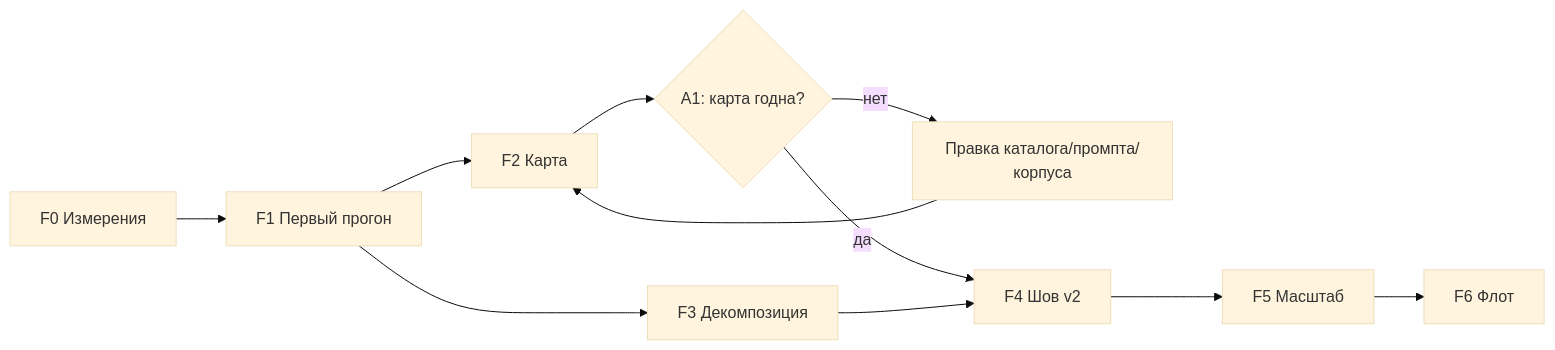
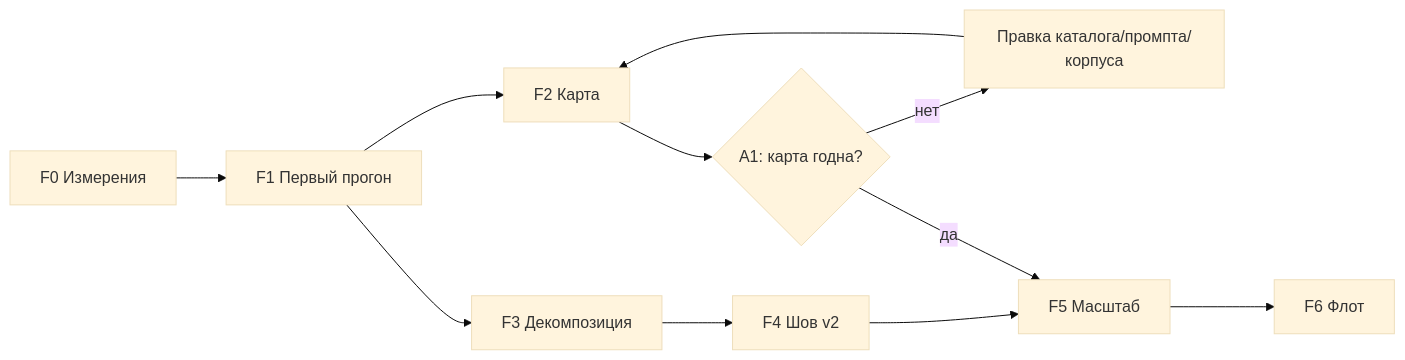
The diagram in docs/architecture/11-production-architecture-strategy.md (drbye78/cohound), drawn with Mermaid (base theme) before and after one commit. The commit also changed other lines of this file, not shown here.

````diff
--- a/docs/architecture/11-production-architecture-strategy.md
+++ b/docs/architecture/11-production-architecture-strategy.md
@@ -273,13 +284,13 @@
 ```mermaid
 flowchart LR
     F0[F0 Измерения] --> F1[F1 Первый прогон]
     F1 --> F2[F2 Карта]
     F1 --> F3[F3 Декомпозиция]
     F2 --> GATE{A1: карта годна?}
     GATE -->|нет| FIX[Правка каталога/промпта/корпуса]
     FIX --> F2
-    GATE -->|да| F4[F4 Шов v2]
-    F3 --> F4
+    F3 --> F4[F4 Шов v2]
     F4 --> F5[F5 Масштаб]
+    GATE -->|да| F5
     F5 --> F6[F6 Флот]
 ```
````
